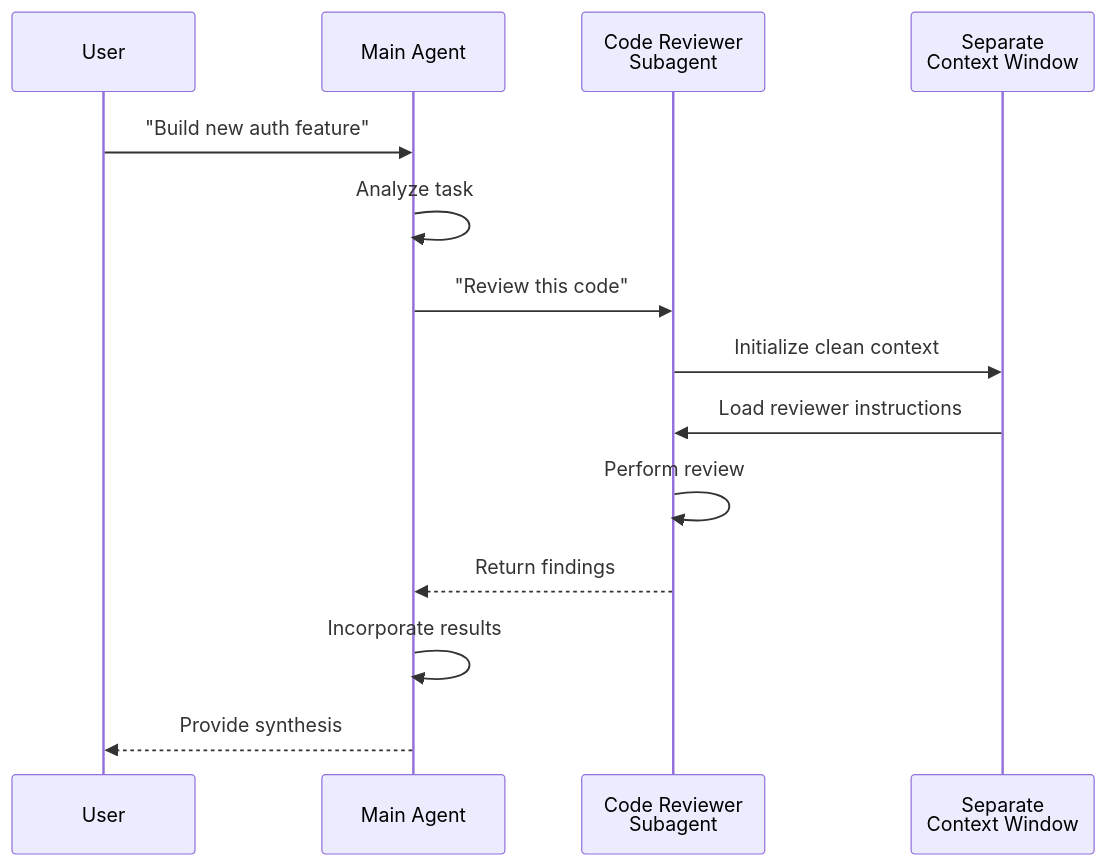
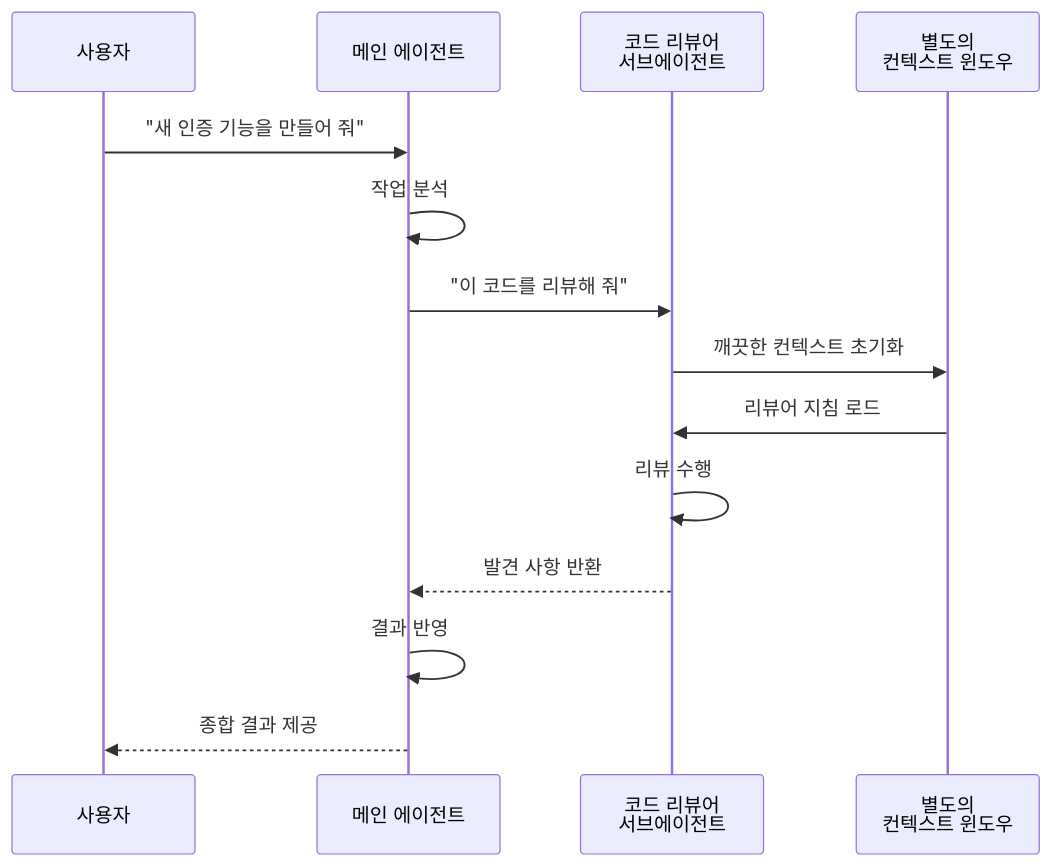
One commit to KIMDONGWHEE99/howkorean changed the fifth of 7 diagrams in 04-subagents/README.md. Above: the diagram before and after it, drawn with Mermaid. The commit also changed other lines of this file and 1 other file, not shown here.

````diff
--- a/04-subagents/README.md
+++ b/04-subagents/README.md
@@ -906,17 +904,17 @@
 ```mermaid
 sequenceDiagram
-    participant User
-    participant MainAgent as Main Agent
-    participant CodeReviewer as Code Reviewer<br/>Subagent
-    participant Context as Separate<br/>Context Window
+    participant User as 사용자
+    participant MainAgent as 메인 에이전트
+    participant CodeReviewer as 코드 리뷰어<br/>서브에이전트
+    participant Context as 별도의<br/>컨텍스트 윈도우
 
-    User->>MainAgent: "Build new auth feature"
-    MainAgent->>MainAgent: Analyze task
-    MainAgent->>CodeReviewer: "Review this code"
-    CodeReviewer->>Context: Initialize clean context
-    Context->>CodeReviewer: Load reviewer instructions
-    CodeReviewer->>CodeReviewer: Perform review
-    CodeReviewer-->>MainAgent: Return findings
-    MainAgent->>MainAgent: Incorporate results
-    MainAgent-->>User: Provide synthesis
+    User->>MainAgent: "새 인증 기능을 만들어 줘"
+    MainAgent->>MainAgent: 작업 분석
+    MainAgent->>CodeReviewer: "이 코드를 리뷰해 줘"
+    CodeReviewer->>Context: 깨끗한 컨텍스트 초기화
+    Context->>CodeReviewer: 리뷰어 지침 로드
+    CodeReviewer->>CodeReviewer: 리뷰 수행
+    CodeReviewer-->>MainAgent: 발견 사항 반환
+    MainAgent->>MainAgent: 결과 반영
+    MainAgent-->>User: 종합 결과 제공
 ```
````
